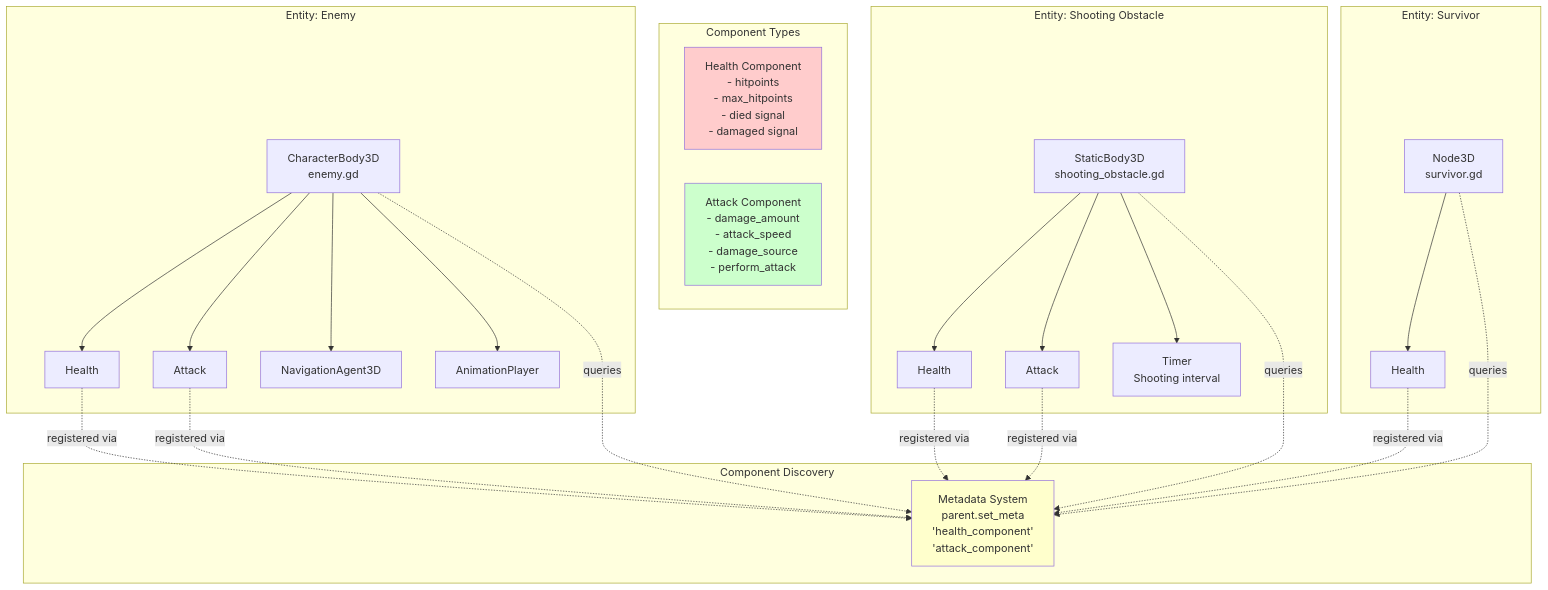
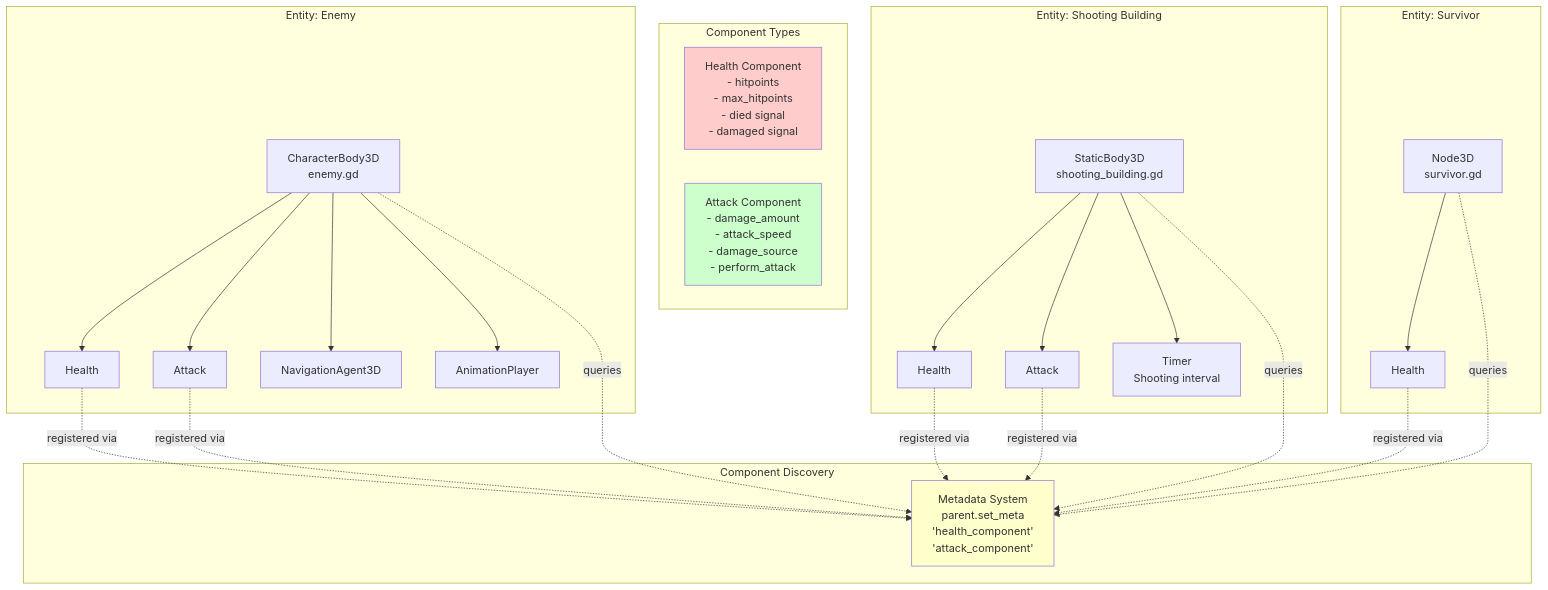
The second of 8 diagrams in docs/ARCHITECTURE.md (saebyn/godot-tower-defense), drawn with Mermaid before and after one commit. The commit also changed other lines of this file and 78 other files, not shown here.

````diff
--- a/docs/ARCHITECTURE.md
+++ b/docs/ARCHITECTURE.md
@@ -119,56 +119,56 @@
 ```mermaid
 graph TB
     subgraph "Component Types"
         Health[Health Component<br/>- hitpoints<br/>- max_hitpoints<br/>- died signal<br/>- damaged signal]
         Attack[Attack Component<br/>- damage_amount<br/>- attack_speed<br/>- damage_source<br/>- perform_attack]
     end
     
     subgraph "Entity: Enemy"
         Enemy[CharacterBody3D<br/>enemy.gd]
         EnemyHealth[Health]
         EnemyAttack[Attack]
         EnemyNav[NavigationAgent3D]
         EnemyAnim[AnimationPlayer]
         
         Enemy --> EnemyHealth
         Enemy --> EnemyAttack
         Enemy --> EnemyNav
         Enemy --> EnemyAnim
     end
     
-    subgraph "Entity: Shooting Obstacle"
-        Obstacle[StaticBody3D<br/>shooting_obstacle.gd]
-        ObstacleHealth[Health]
-        ObstacleAttack[Attack]
-        ObstacleTimer[Timer<br/>Shooting interval]
+    subgraph "Entity: Shooting Building"
+        Building[StaticBody3D<br/>shooting_building.gd]
+        BuildingHealth[Health]
+        BuildingAttack[Attack]
+        BuildingTimer[Timer<br/>Shooting interval]
         
-        Obstacle --> ObstacleHealth
-        Obstacle --> ObstacleAttack
-        Obstacle --> ObstacleTimer
+        Building --> BuildingHealth
+        Building --> BuildingAttack
+        Building --> BuildingTimer
     end
     
     subgraph "Entity: Survivor"
         Survivor[Node3D<br/>survivor.gd]
         SurvivorHealth[Health]
         
         Survivor --> SurvivorHealth
     end
     
     subgraph "Component Discovery"
         Metadata[Metadata System<br/>parent.set_meta<br/>'health_component'<br/>'attack_component']
     end
     
     EnemyHealth -.registered via.-> Metadata
     EnemyAttack -.registered via.-> Metadata
-    ObstacleHealth -.registered via.-> Metadata
-    ObstacleAttack -.registered via.-> Metadata
+    BuildingHealth -.registered via.-> Metadata
+    BuildingAttack -.registered via.-> Metadata
     SurvivorHealth -.registered via.-> Metadata
     
     Enemy -.queries.-> Metadata
-    Obstacle -.queries.-> Metadata
+    Building -.queries.-> Metadata
     Survivor -.queries.-> Metadata
     
     style Health fill:#ffcccc
     style Attack fill:#ccffcc
     style Metadata fill:#ffffcc
 ```
````
